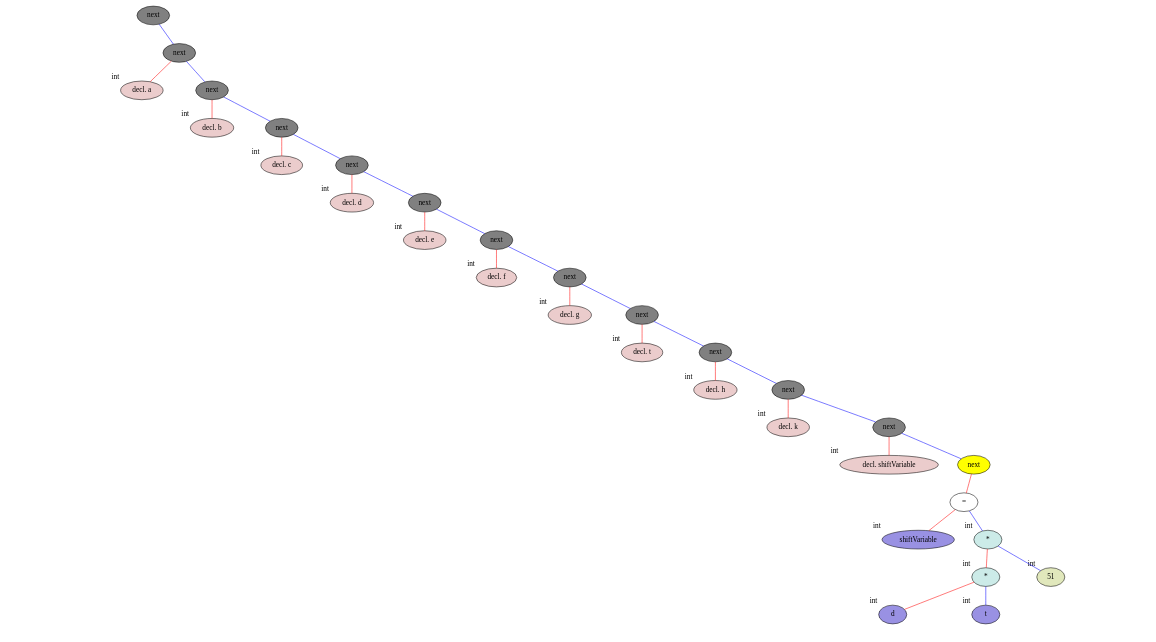
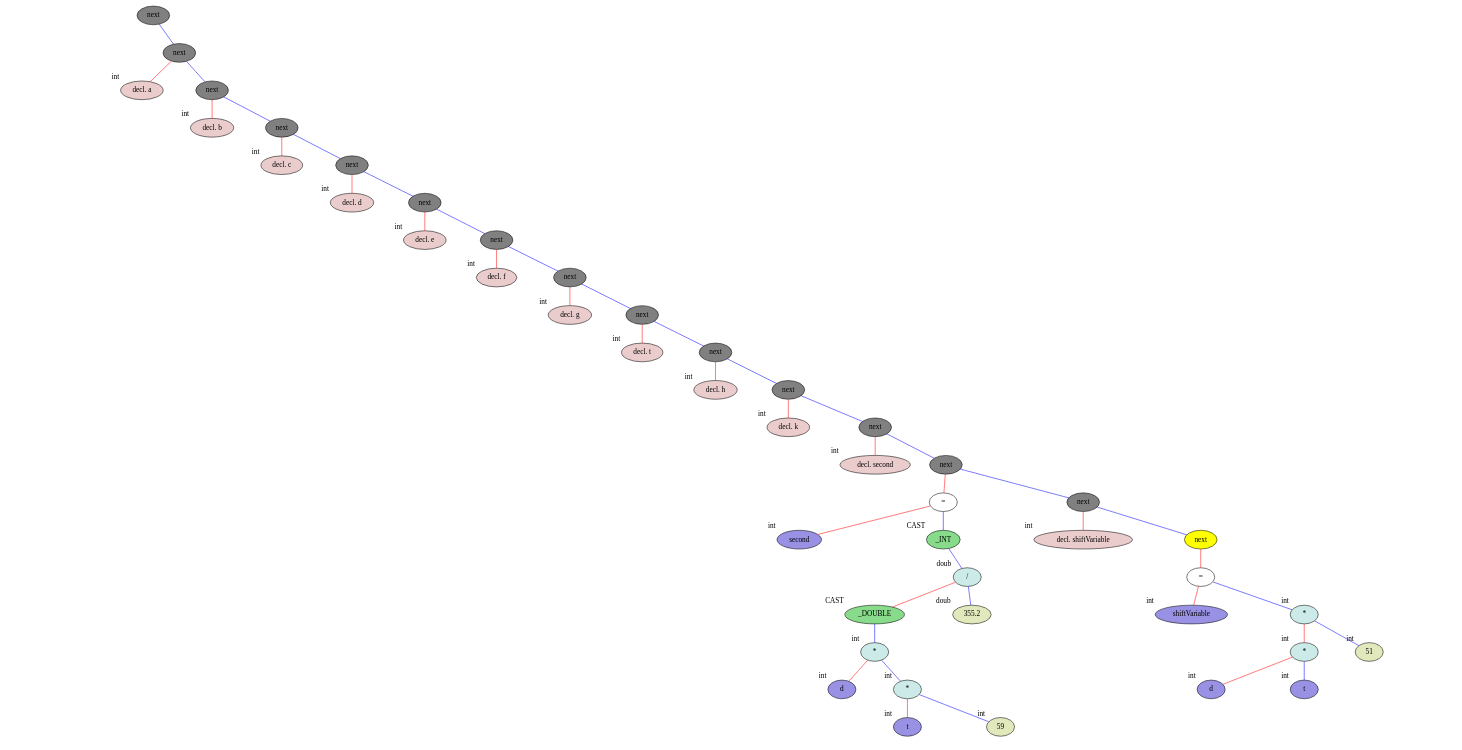
One commit to Dudoserg/compiler changed the diagram in деревья/gv/4.gv. Above: the diagram before and after it, drawn with Graphviz. The commit also changed 11 other files, not shown here.

```diff
--- a/деревья/gv/4.gv
+++ b/деревья/gv/4.gv
@@ -226,12 +226,12 @@
 v32center[style=invis, width=0, label=""];
 v32 -- v32center[style=invis]
 v32 -- v31[color="red"]
-v32 -- v39[color="blue"]
+v32 -- v51[color="blue"]
 {
-	rank=same v31 -- v32center -- v39  [style=invis]
+	rank=same v31 -- v32center -- v51  [style=invis]
 } 
 v31[style=filled, fillcolor="#ebcccc"]
-v31[label="decl. shiftVariable"]
+v31[label="decl. second"]
 v31[xlabel="int"]
 v31center[style=invis, width=0, label=""];
 v31 -- v31center[style=invis]
@@ -242,27 +242,26 @@
 {
 	rank=same v31notVisibleL -- v31center -- v31notVisibleR  [style=invis]
 } 
-v39[style=filled, fillcolor=yellow]
-v39[label="next"]
-v39center[style=invis, width=0, label=""];
-v39 -- v39center[style=invis]
-v39 -- v40[color="red"]
-v39notVisibleR[style=invis]
-v39 -- v39notVisibleR[style=invis]
+v51[style=filled, fillcolor=grey]
+v51[label="next"]
+v51center[style=invis, width=0, label=""];
+v51 -- v51center[style=invis]
+v51 -- v52[color="red"]
+v51 -- v55[color="blue"]
 {
-	rank=same v40 -- v39center -- v39notVisibleR  [style=invis]
+	rank=same v52 -- v51center -- v55  [style=invis]
 } 
-v40[style=filled, fillcolor=white]
-v40[label="="]
-v40center[style=invis, width=0, label=""];
-v40 -- v40center[style=invis]
-v40 -- v33[color="red"]
-v40 -- v38[color="blue"]
+v52[style=filled, fillcolor=white]
+v52[label="="]
+v52center[style=invis, width=0, label=""];
+v52 -- v52center[style=invis]
+v52 -- v33[color="red"]
+v52 -- v53[color="blue"]
 {
-	rank=same v33 -- v40center -- v38  [style=invis]
+	rank=same v33 -- v52center -- v53  [style=invis]
 } 
 v33[style=filled, fillcolor="#9991e3"]
-v33[label="shiftVariable"]
+v33[label="second"]
 v33[xlabel="int"]
 v33center[style=invis, width=0, label=""];
 v33 -- v33center[style=invis]
@@ -273,25 +272,47 @@
 {
 	rank=same v33notVisibleL -- v33center -- v33notVisibleR  [style=invis]
 } 
-v38[style=filled, fillcolor="#ccebe8"]
-v38[label="*"]
-v38[xlabel="int"]
-v38center[style=invis, width=0, label=""];
-v38 -- v38center[style=invis]
-v38 -- v36[color="red"]
-v38 -- v37[color="blue"]
+v53[style=filled, fillcolor="#88db8b"]
+v53[label="_INT"]
+v53[xlabel="CAST"]
+v53center[style=invis, width=0, label=""];
+v53 -- v53center[style=invis]
+v53notVisibleL[style=invis]
+v53 -- v53notVisibleL[style=invis]
+v53 -- v77[color="blue"]
 {
-	rank=same v36 -- v38center -- v37  [style=invis]
+	rank=same v53notVisibleL -- v53center -- v77  [style=invis]
 } 
-v36[style=filled, fillcolor="#ccebe8"]
-v36[label="*"]
-v36[xlabel="int"]
-v36center[style=invis, width=0, label=""];
-v36 -- v36center[style=invis]
-v36 -- v34[color="red"]
-v36 -- v35[color="blue"]
+v77[style=filled, fillcolor="#ccebe8"]
+v77[label="/"]
+v77[xlabel="doub"]
+v77center[style=invis, width=0, label=""];
+v77 -- v77center[style=invis]
+v77 -- v78[color="red"]
+v77 -- v66[color="blue"]
 {
-	rank=same v34 -- v36center -- v35  [style=invis]
+	rank=same v78 -- v77center -- v66  [style=invis]
+} 
+v78[style=filled, fillcolor="#88db8b"]
+v78[label="_DOUBLE"]
+v78[xlabel="CAST"]
+v78center[style=invis, width=0, label=""];
+v78 -- v78center[style=invis]
+v78notVisibleL[style=invis]
+v78 -- v78notVisibleL[style=invis]
+v78 -- v67[color="blue"]
+{
+	rank=same v78notVisibleL -- v78center -- v67  [style=invis]
+} 
+v67[style=filled, fillcolor="#ccebe8"]
+v67[label="*"]
+v67[xlabel="int"]
+v67center[style=invis, width=0, label=""];
+v67 -- v67center[style=invis]
+v67 -- v34[color="red"]
+v67 -- v68[color="blue"]
+{
+	rank=same v34 -- v67center -- v68  [style=invis]
 } 
 v34[style=filled, fillcolor="#9991e3"]
 v34[label="d"]
@@ -305,29 +326,159 @@
 {
 	rank=same v34notVisibleL -- v34center -- v34notVisibleR  [style=invis]
 } 
-v35[style=filled, fillcolor="#9991e3"]
-v35[label="t"]
-v35[xlabel="int"]
-v35center[style=invis, width=0, label=""];
-v35 -- v35center[style=invis]
-v35notVisibleL[style=invis]
-v35 -- v35notVisibleL[style=invis][style=invis]
-v35notVisibleR[style=invis]
-v35 -- v35notVisibleR[style=invis][style=invis]
+v68[style=filled, fillcolor="#ccebe8"]
+v68[label="*"]
+v68[xlabel="int"]
+v68center[style=invis, width=0, label=""];
+v68 -- v68center[style=invis]
+v68 -- v43[color="red"]
+v68 -- v46[color="blue"]
 {
-	rank=same v35notVisibleL -- v35center -- v35notVisibleR  [style=invis]
+	rank=same v43 -- v68center -- v46  [style=invis]
 } 
-v37[style=filled, fillcolor="#e1e8bc"]
-v37[label="51"]
-v37[xlabel="int"]
-v37center[style=invis, width=0, label=""];
-v37 -- v37center[style=invis]
-v37notVisibleL[style=invis]
-v37 -- v37notVisibleL[style=invis][style=invis]
-v37notVisibleR[style=invis]
-v37 -- v37notVisibleR[style=invis][style=invis]
+v43[style=filled, fillcolor="#9991e3"]
+v43[label="t"]
+v43[xlabel="int"]
+v43center[style=invis, width=0, label=""];
+v43 -- v43center[style=invis]
+v43notVisibleL[style=invis]
+v43 -- v43notVisibleL[style=invis][style=invis]
+v43notVisibleR[style=invis]
+v43 -- v43notVisibleR[style=invis][style=invis]
 {
-	rank=same v37notVisibleL -- v37center -- v37notVisibleR  [style=invis]
+	rank=same v43notVisibleL -- v43center -- v43notVisibleR  [style=invis]
+} 
+v46[style=filled, fillcolor="#e1e8bc"]
+v46[label="59"]
+v46[xlabel="int"]
+v46center[style=invis, width=0, label=""];
+v46 -- v46center[style=invis]
+v46notVisibleL[style=invis]
+v46 -- v46notVisibleL[style=invis][style=invis]
+v46notVisibleR[style=invis]
+v46 -- v46notVisibleR[style=invis][style=invis]
+{
+	rank=same v46notVisibleL -- v46center -- v46notVisibleR  [style=invis]
+} 
+v66[style=filled, fillcolor="#e1e8bc"]
+v66[label="355.2"]
+v66[xlabel="doub"]
+v66center[style=invis, width=0, label=""];
+v66 -- v66center[style=invis]
+v66notVisibleL[style=invis]
+v66 -- v66notVisibleL[style=invis][style=invis]
+v66notVisibleR[style=invis]
+v66 -- v66notVisibleR[style=invis][style=invis]
+{
+	rank=same v66notVisibleL -- v66center -- v66notVisibleR  [style=invis]
+} 
+v55[style=filled, fillcolor=grey]
+v55[label="next"]
+v55center[style=invis, width=0, label=""];
+v55 -- v55center[style=invis]
+v55 -- v54[color="red"]
+v55 -- v62[color="blue"]
+{
+	rank=same v54 -- v55center -- v62  [style=invis]
+} 
+v54[style=filled, fillcolor="#ebcccc"]
+v54[label="decl. shiftVariable"]
+v54[xlabel="int"]
+v54center[style=invis, width=0, label=""];
+v54 -- v54center[style=invis]
+v54notVisibleL[style=invis]
+v54 -- v54notVisibleL[style=invis][style=invis]
+v54notVisibleR[style=invis]
+v54 -- v54notVisibleR[style=invis][style=invis]
+{
+	rank=same v54notVisibleL -- v54center -- v54notVisibleR  [style=invis]
+} 
+v62[style=filled, fillcolor=yellow]
+v62[label="next"]
+v62center[style=invis, width=0, label=""];
+v62 -- v62center[style=invis]
+v62 -- v63[color="red"]
+v62notVisibleR[style=invis]
+v62 -- v62notVisibleR[style=invis]
+{
+	rank=same v63 -- v62center -- v62notVisibleR  [style=invis]
+} 
+v63[style=filled, fillcolor=white]
+v63[label="="]
+v63center[style=invis, width=0, label=""];
+v63 -- v63center[style=invis]
+v63 -- v56[color="red"]
+v63 -- v61[color="blue"]
+{
+	rank=same v56 -- v63center -- v61  [style=invis]
+} 
+v56[style=filled, fillcolor="#9991e3"]
+v56[label="shiftVariable"]
+v56[xlabel="int"]
+v56center[style=invis, width=0, label=""];
+v56 -- v56center[style=invis]
+v56notVisibleL[style=invis]
+v56 -- v56notVisibleL[style=invis][style=invis]
+v56notVisibleR[style=invis]
+v56 -- v56notVisibleR[style=invis][style=invis]
+{
+	rank=same v56notVisibleL -- v56center -- v56notVisibleR  [style=invis]
+} 
+v61[style=filled, fillcolor="#ccebe8"]
+v61[label="*"]
+v61[xlabel="int"]
+v61center[style=invis, width=0, label=""];
+v61 -- v61center[style=invis]
+v61 -- v59[color="red"]
+v61 -- v60[color="blue"]
+{
+	rank=same v59 -- v61center -- v60  [style=invis]
+} 
+v59[style=filled, fillcolor="#ccebe8"]
+v59[label="*"]
+v59[xlabel="int"]
+v59center[style=invis, width=0, label=""];
+v59 -- v59center[style=invis]
+v59 -- v57[color="red"]
+v59 -- v58[color="blue"]
+{
+	rank=same v57 -- v59center -- v58  [style=invis]
+} 
+v57[style=filled, fillcolor="#9991e3"]
+v57[label="d"]
+v57[xlabel="int"]
+v57center[style=invis, width=0, label=""];
+v57 -- v57center[style=invis]
+v57notVisibleL[style=invis]
+v57 -- v57notVisibleL[style=invis][style=invis]
+v57notVisibleR[style=invis]
+v57 -- v57notVisibleR[style=invis][style=invis]
+{
+	rank=same v57notVisibleL -- v57center -- v57notVisibleR  [style=invis]
+} 
+v58[style=filled, fillcolor="#9991e3"]
+v58[label="t"]
+v58[xlabel="int"]
+v58center[style=invis, width=0, label=""];
+v58 -- v58center[style=invis]
+v58notVisibleL[style=invis]
+v58 -- v58notVisibleL[style=invis][style=invis]
+v58notVisibleR[style=invis]
+v58 -- v58notVisibleR[style=invis][style=invis]
+{
+	rank=same v58notVisibleL -- v58center -- v58notVisibleR  [style=invis]
+} 
+v60[style=filled, fillcolor="#e1e8bc"]
+v60[label="51"]
+v60[xlabel="int"]
+v60center[style=invis, width=0, label=""];
+v60 -- v60center[style=invis]
+v60notVisibleL[style=invis]
+v60 -- v60notVisibleL[style=invis][style=invis]
+v60notVisibleR[style=invis]
+v60 -- v60notVisibleR[style=invis][style=invis]
+{
+	rank=same v60notVisibleL -- v60center -- v60notVisibleR  [style=invis]
 } 
 
 }
```
